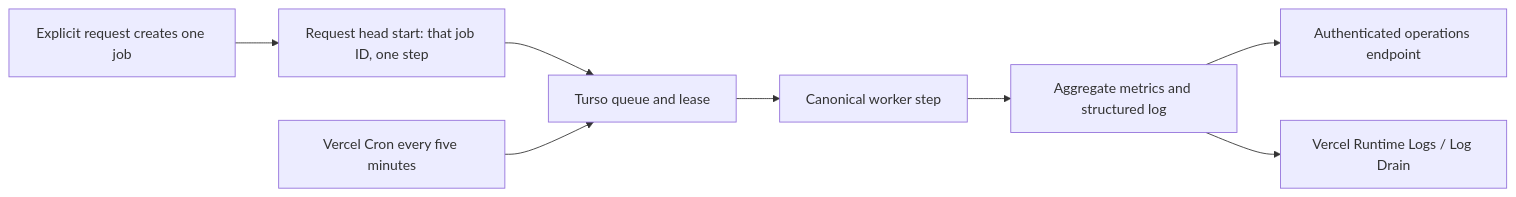
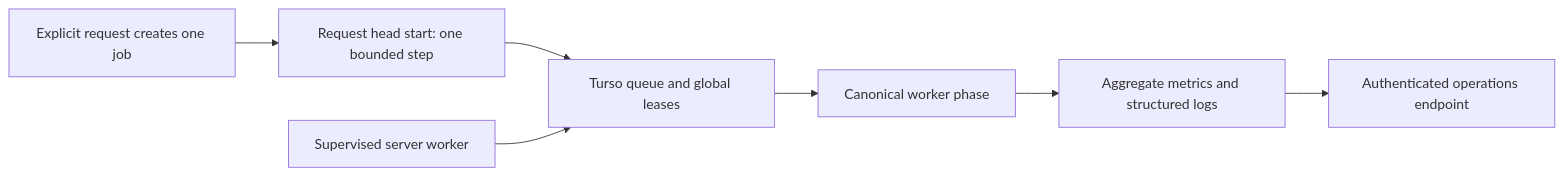
Before and after one commit to hikariming/ghfind: the diagram in docs/operations/public-scan-monitoring.md, drawn with Mermaid. The commit also changed other lines of this file and 18 other files, not shown here.

Commit message:
feat(scan): run durable scans on a server worker

````diff
--- a/docs/operations/public-scan-monitoring.md
+++ b/docs/operations/public-scan-monitoring.md
@@ -8,10 +9,9 @@
 ```mermaid
 flowchart LR
-  A["Explicit request creates one job"] --> B["Request head start: that job ID, one step"]
-  B --> C["Turso queue and lease"]
-  D["Vercel Cron every five minutes"] --> C
-  C --> E["Canonical worker step"]
-  E --> F["Aggregate metrics and structured log"]
+  A["Explicit request creates one job"] --> B["Request head start: one bounded step"]
+  B --> C["Turso queue and global leases"]
+  D["Supervised server worker"] --> C
+  C --> E["Canonical worker phase"]
+  E --> F["Aggregate metrics and structured logs"]
   F --> G["Authenticated operations endpoint"]
-  F --> H["Vercel Runtime Logs / Log Drain"]
 ```
````
